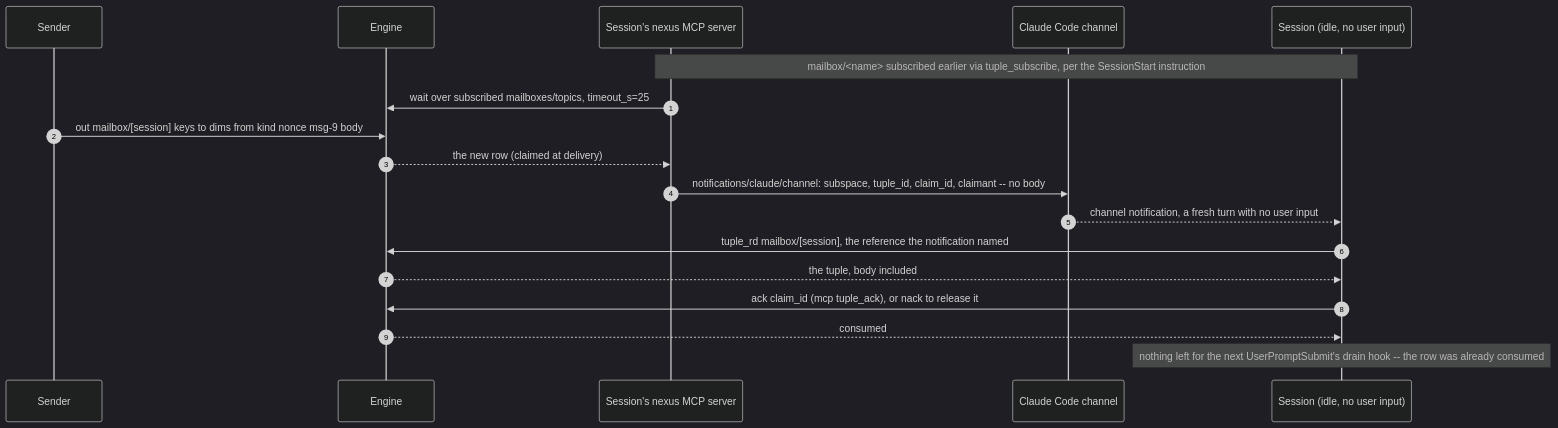
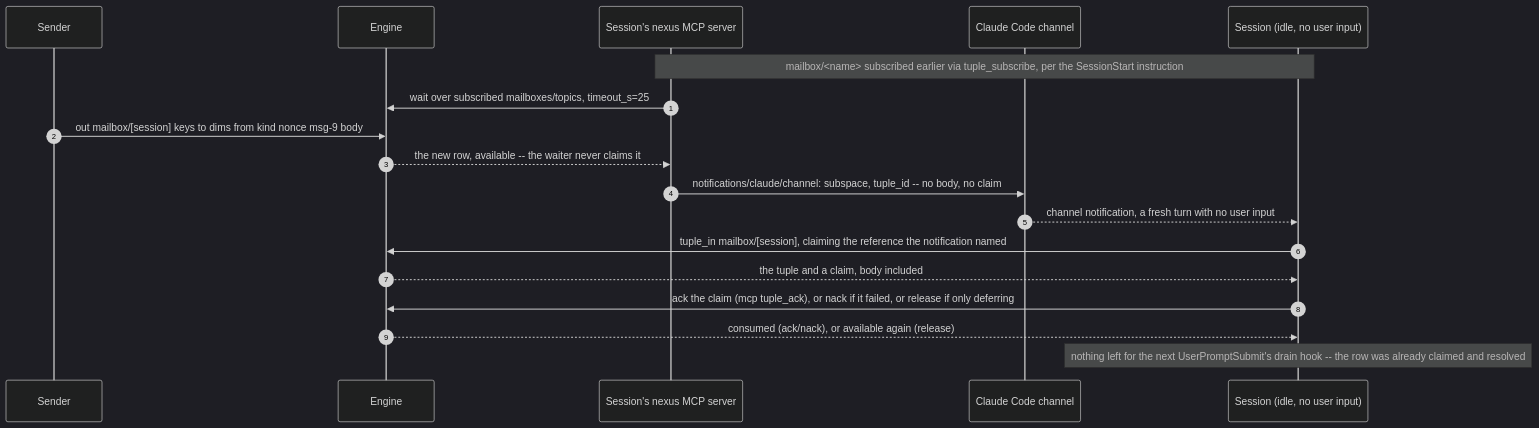
The seventh of 9 diagrams in docs/tuple-space-walkthroughs.md (Hellblazer/nexus), drawn with Mermaid (dark theme) before and after one commit. The commit also changed other lines of this file and 11 other files, not shown here.

Commit message:
docs(rdr-213): skills and docs say claim with tuple_in, release when deferring (nexus-gomuo.2)

````diff
--- a/docs/tuple-space-walkthroughs.md
+++ b/docs/tuple-space-walkthroughs.md
@@ -213,21 +213,21 @@
 ```mermaid
 sequenceDiagram
     autonumber
     participant Sn as Sender
     participant E as Engine
     participant S as Session's nexus MCP server
     participant H as Claude Code channel
     participant M as Session (idle, no user input)
 
     Note over M,S: mailbox/<name> subscribed earlier via tuple_subscribe, per the SessionStart instruction
     S->>E: wait over subscribed mailboxes/topics, timeout_s=25
     Sn->>E: out mailbox/[session] keys to dims from kind nonce msg-9 body
-    E-->>S: the new row (claimed at delivery)
-    S->>H: notifications/claude/channel: subspace, tuple_id, claim_id, claimant -- no body
+    E-->>S: the new row, available -- the waiter never claims it
+    S->>H: notifications/claude/channel: subspace, tuple_id -- no body, no claim
     H-->>M: channel notification, a fresh turn with no user input
-    M->>E: tuple_rd mailbox/[session], the reference the notification named
-    E-->>M: the tuple, body included
-    M->>E: ack claim_id (mcp tuple_ack), or nack to release it
-    E-->>M: consumed
-    Note over M: nothing left for the next UserPromptSubmit's drain hook -- the row was already consumed
+    M->>E: tuple_in mailbox/[session], claiming the reference the notification named
+    E-->>M: the tuple and a claim, body included
+    M->>E: ack the claim (mcp tuple_ack), or nack if it failed, or release if only deferring
+    E-->>M: consumed (ack/nack), or available again (release)
+    Note over M: nothing left for the next UserPromptSubmit's drain hook -- the row was already claimed and resolved
 ```
````
